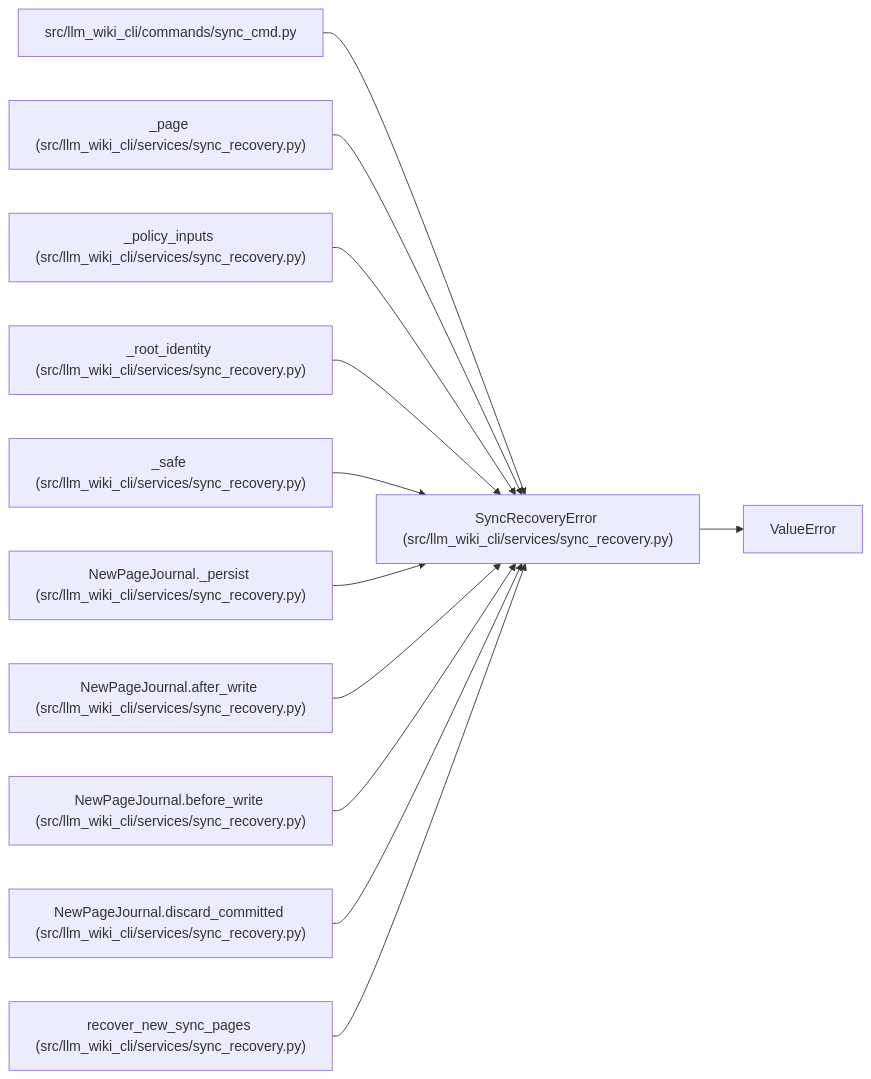
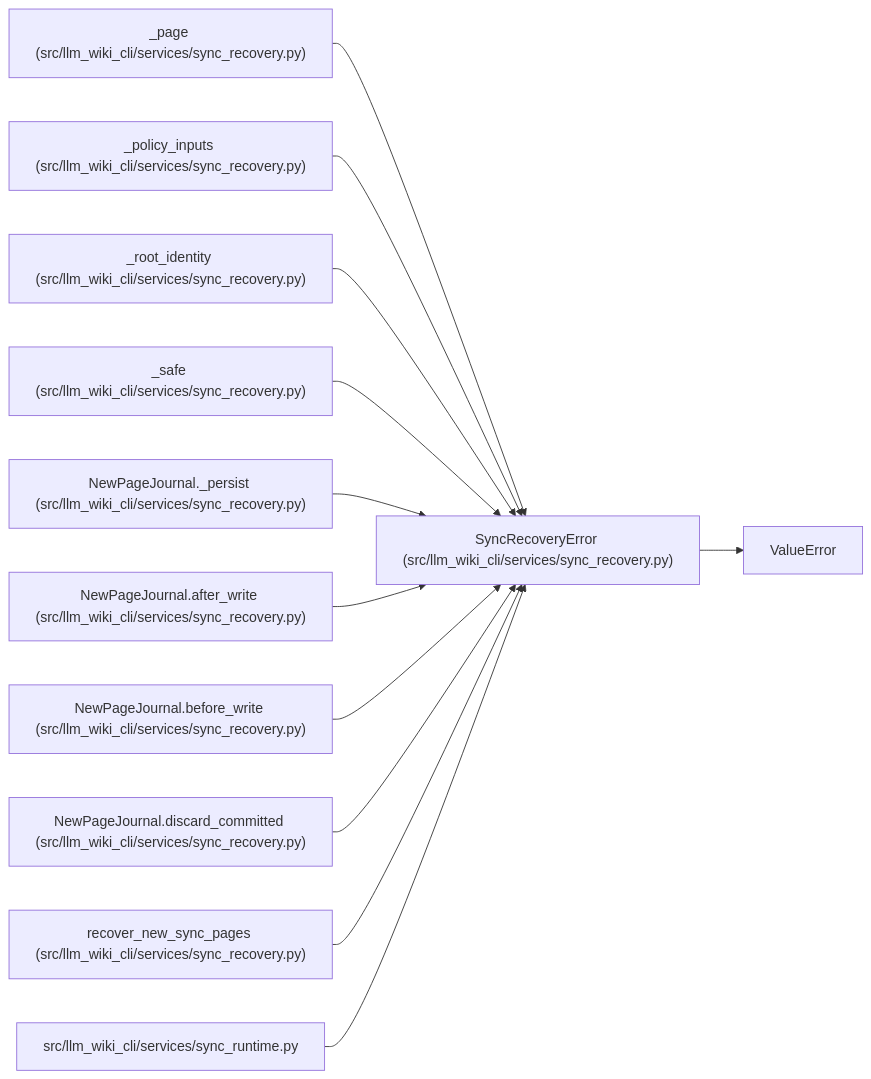
One commit to Denissvgn/python-wiki-llm changed the diagram in docs/llm_wiki/entities/SyncRecoveryError.md. Above: the diagram before and after it, drawn with Mermaid. The commit also changed other lines of this file and 1555 other files, not shown here.

````diff
--- a/docs/llm_wiki/entities/SyncRecoveryError.md
+++ b/docs/llm_wiki/entities/SyncRecoveryError.md
@@ -23,37 +23,37 @@
 ```mermaid
 flowchart LR
     n0["SyncRecoveryError (src/llm_wiki_cli/services/sync_recovery.py)"]
     n1["ValueError"]
-    n2["src/llm_wiki_cli/commands/sync_cmd.py"]
-    n3["_page (src/llm_wiki_cli/services/sync_recovery.py)"]
-    n4["_policy_inputs (src/llm_wiki_cli/services/sync_recovery.py)"]
-    n5["_root_identity (src/llm_wiki_cli/services/sync_recovery.py)"]
-    n6["_safe (src/llm_wiki_cli/services/sync_recovery.py)"]
-    n7["NewPageJournal._persist (src/llm_wiki_cli/services/sync_recovery.py)"]
-    n8["NewPageJournal.after_write (src/llm_wiki_cli/services/sync_recovery.py)"]
-    n9["NewPageJournal.before_write (src/llm_wiki_cli/services/sync_recovery.py)"]
-    n10["NewPageJournal.discard_committed (src/llm_wiki_cli/services/sync_recovery.py)"]
-    n11["recover_new_sync_pages (src/llm_wiki_cli/services/sync_recovery.py)"]
+    n2["_page (src/llm_wiki_cli/services/sync_recovery.py)"]
+    n3["_policy_inputs (src/llm_wiki_cli/services/sync_recovery.py)"]
+    n4["_root_identity (src/llm_wiki_cli/services/sync_recovery.py)"]
+    n5["_safe (src/llm_wiki_cli/services/sync_recovery.py)"]
+    n6["NewPageJournal._persist (src/llm_wiki_cli/services/sync_recovery.py)"]
+    n7["NewPageJournal.after_write (src/llm_wiki_cli/services/sync_recovery.py)"]
+    n8["NewPageJournal.before_write (src/llm_wiki_cli/services/sync_recovery.py)"]
+    n9["NewPageJournal.discard_committed (src/llm_wiki_cli/services/sync_recovery.py)"]
+    n10["recover_new_sync_pages (src/llm_wiki_cli/services/sync_recovery.py)"]
+    n11["src/llm_wiki_cli/services/sync_runtime.py"]
     n0 --> n1
     n2 --> n0
     n3 --> n0
     n4 --> n0
     n5 --> n0
     n6 --> n0
     n7 --> n0
     n8 --> n0
     n9 --> n0
     n10 --> n0
     n11 --> n0
     click n0 "../modules/sync_recovery.md"
-    click n2 "../modules/sync_cmd.md"
+    click n2 "../modules/sync_recovery.md"
     click n3 "../modules/sync_recovery.md"
     click n4 "../modules/sync_recovery.md"
     click n5 "../modules/sync_recovery.md"
     click n6 "../modules/sync_recovery.md"
     click n7 "../modules/sync_recovery.md"
     click n8 "../modules/sync_recovery.md"
     click n9 "../modules/sync_recovery.md"
     click n10 "../modules/sync_recovery.md"
-    click n11 "../modules/sync_recovery.md"
+    click n11 "../modules/sync_runtime.md"
 ```
````
